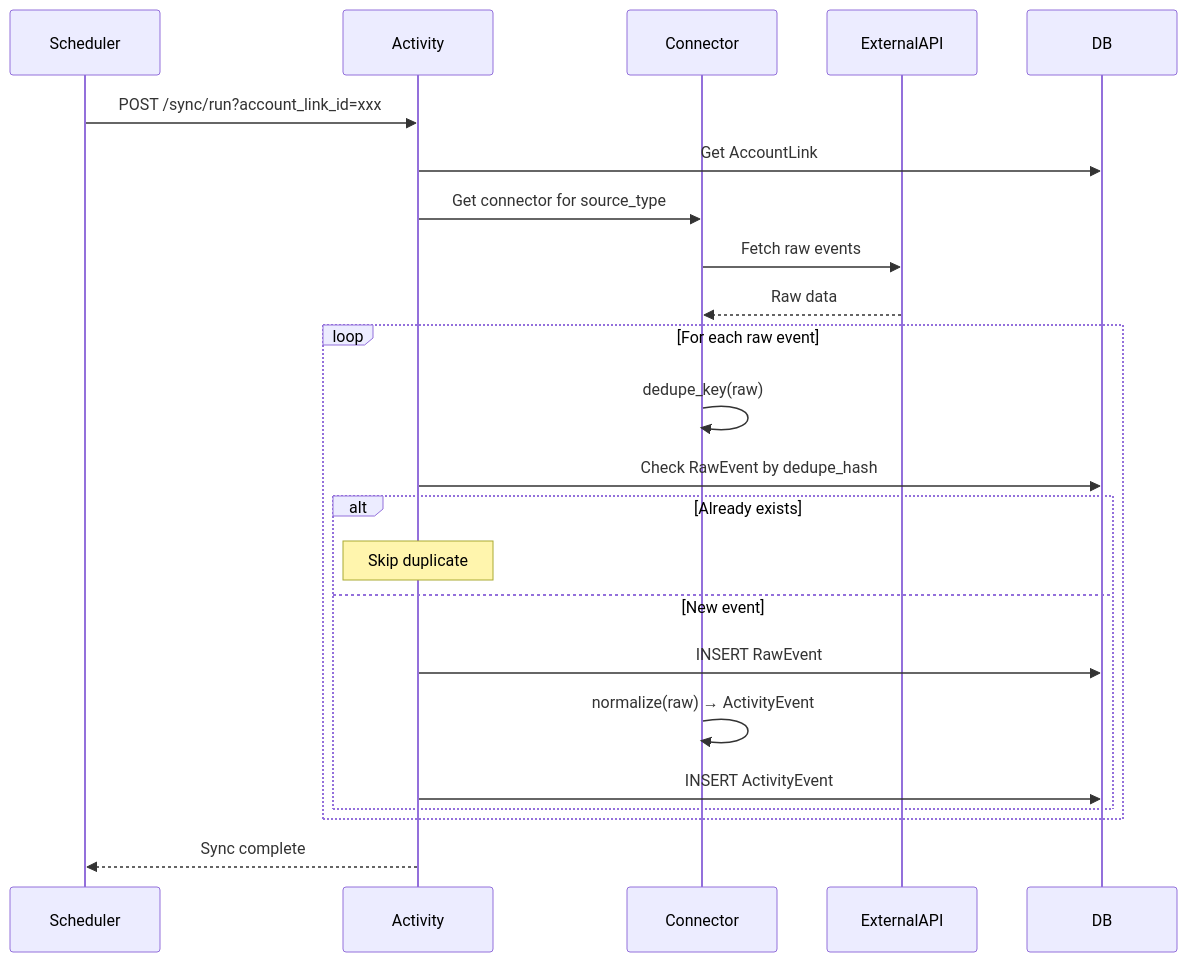
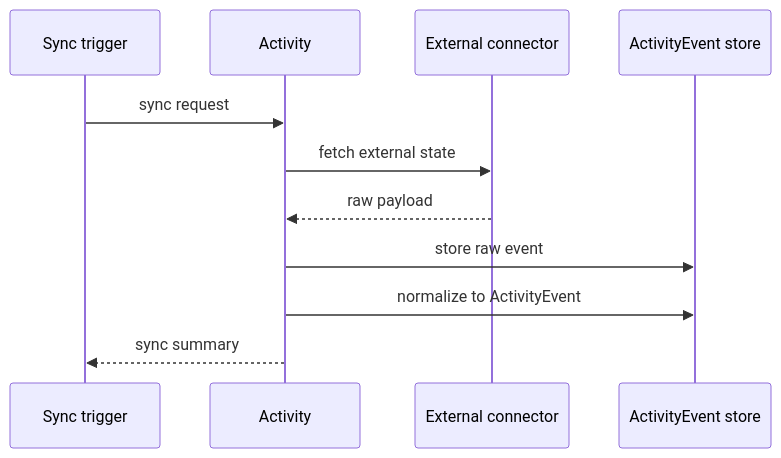
Before and after one commit to updatingspace/portal: the fifth of 5 diagrams in docs/docs/architecture/flows.md, drawn with Mermaid. The commit also changed other lines of this file and 65 other files, not shown here.

Commit message:
docs: rewrite architecture, operations and legal guidance

````diff
--- a/docs/docs/architecture/flows.md
+++ b/docs/docs/architecture/flows.md
@@ -186,31 +79,14 @@
 ```mermaid
 sequenceDiagram
-    participant Scheduler
+    participant Scheduler as Sync trigger
     participant Activity
-    participant Connector
-    participant ExternalAPI
-    participant DB
+    participant Connector as External connector
+    participant Feed as ActivityEvent store
 
-    Scheduler->>Activity: POST /sync/run?account_link_id=xxx
-
-    Activity->>DB: Get AccountLink
-    Activity->>Connector: Get connector for source_type
-    
-    Connector->>ExternalAPI: Fetch raw events
-    ExternalAPI-->>Connector: Raw data
-
-    loop For each raw event
-        Connector->>Connector: dedupe_key(raw)
-        Activity->>DB: Check RawEvent by dedupe_hash
-        
-        alt Already exists
-            Note over Activity: Skip duplicate
-        else New event
-            Activity->>DB: INSERT RawEvent
-            Connector->>Connector: normalize(raw) → ActivityEvent
-            Activity->>DB: INSERT ActivityEvent
-        end
-    end
-
-    Activity-->>Scheduler: Sync complete
+    Scheduler->>Activity: sync request
+    Activity->>Connector: fetch external state
+    Connector-->>Activity: raw payload
+    Activity->>Feed: store raw event
+    Activity->>Feed: normalize to ActivityEvent
+    Activity-->>Scheduler: sync summary
 ```
````
